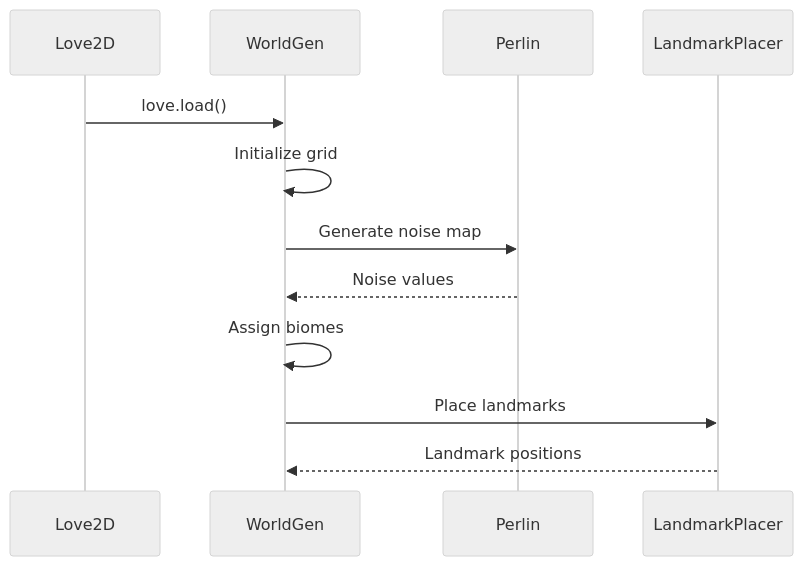
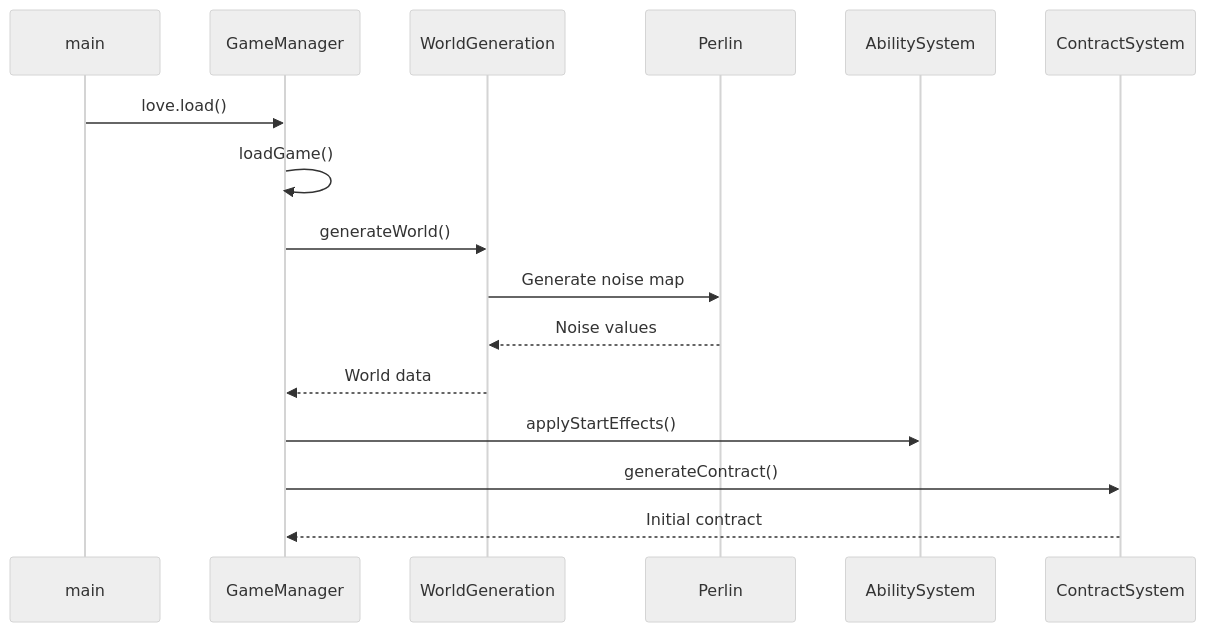
Before and after one commit to lmerriam/love2d-vibe-coding: the second of 5 diagrams in memory-bank/systemPatterns.md, drawn with Mermaid (neutral theme). The commit also changed other lines of this file and 14 other files, not shown here.

````diff
--- a/memory-bank/systemPatterns.md
+++ b/memory-bank/systemPatterns.md
@@ -63,10 +142,12 @@
 ```mermaid
 sequenceDiagram
-    Love2D->>WorldGen: love.load()
-    WorldGen->>WorldGen: Initialize grid
-    WorldGen->>Perlin: Generate noise map
-    Perlin-->>WorldGen: Noise values
-    WorldGen->>WorldGen: Assign biomes
-    WorldGen->>LandmarkPlacer: Place landmarks
-    LandmarkPlacer-->>WorldGen: Landmark positions
+    main->>GameManager: love.load()
+    GameManager->>GameManager: loadGame()
+    GameManager->>WorldGeneration: generateWorld()
+    WorldGeneration->>Perlin: Generate noise map
+    Perlin-->>WorldGeneration: Noise values
+    WorldGeneration-->>GameManager: World data
+    GameManager->>AbilitySystem: applyStartEffects()
+    GameManager->>ContractSystem: generateContract()
+    ContractSystem-->>GameManager: Initial contract
 ```
````
